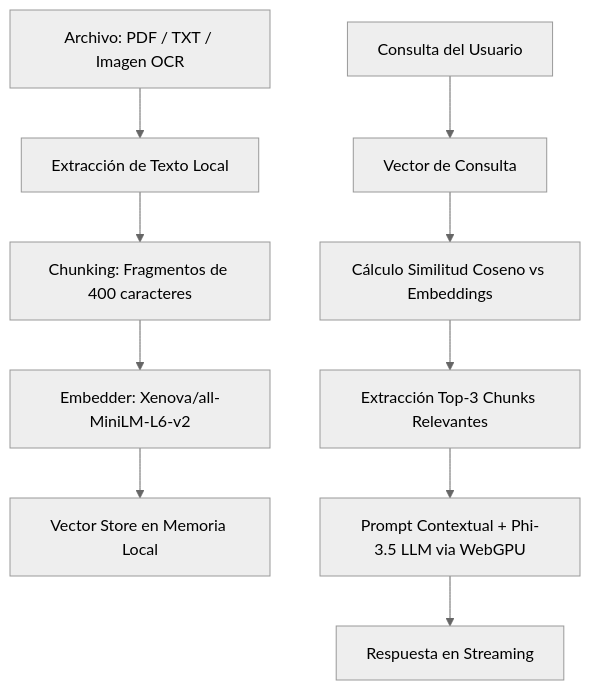
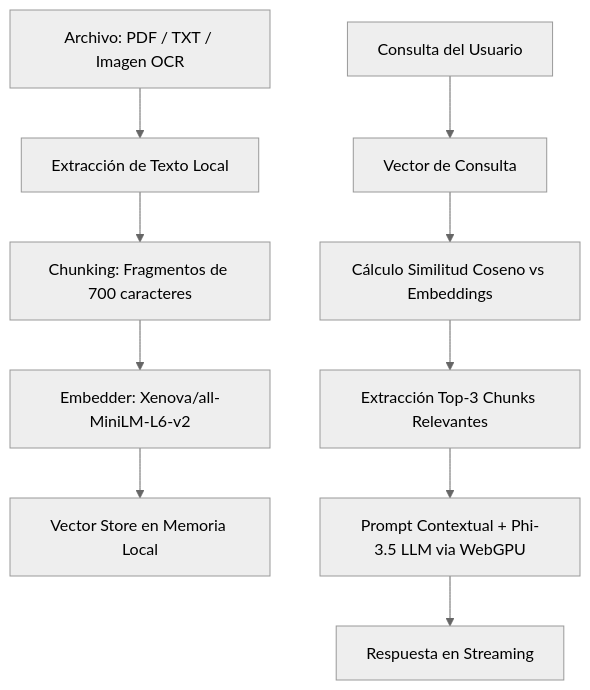
The diagram in README.md (thaurock-x/BOLSILLO-IA), drawn with Mermaid (neutral theme) before and after one commit.

Commit message:
Update chunk size from 400 to 700 characters

````diff
--- a/README.md
+++ b/README.md
@@ -87,12 +87,12 @@
 ```mermaid
 graph TD
     A[Archivo: PDF / TXT / Imagen OCR] --> B[Extracción de Texto Local]
-    B --> C[Chunking: Fragmentos de 400 caracteres]
+    B --> C[Chunking: Fragmentos de 700 caracteres]
     C --> D[Embedder: Xenova/all-MiniLM-L6-v2]
     D --> E[Vector Store en Memoria Local]
     F[Consulta del Usuario] --> G[Vector de Consulta]
     G --> H[Cálculo Similitud Coseno vs Embeddings]
     H --> I[Extracción Top-3 Chunks Relevantes]
     I --> J[Prompt Contextual + Phi-3.5 LLM via WebGPU]
     J --> K[Respuesta en Streaming]
 ```
````
